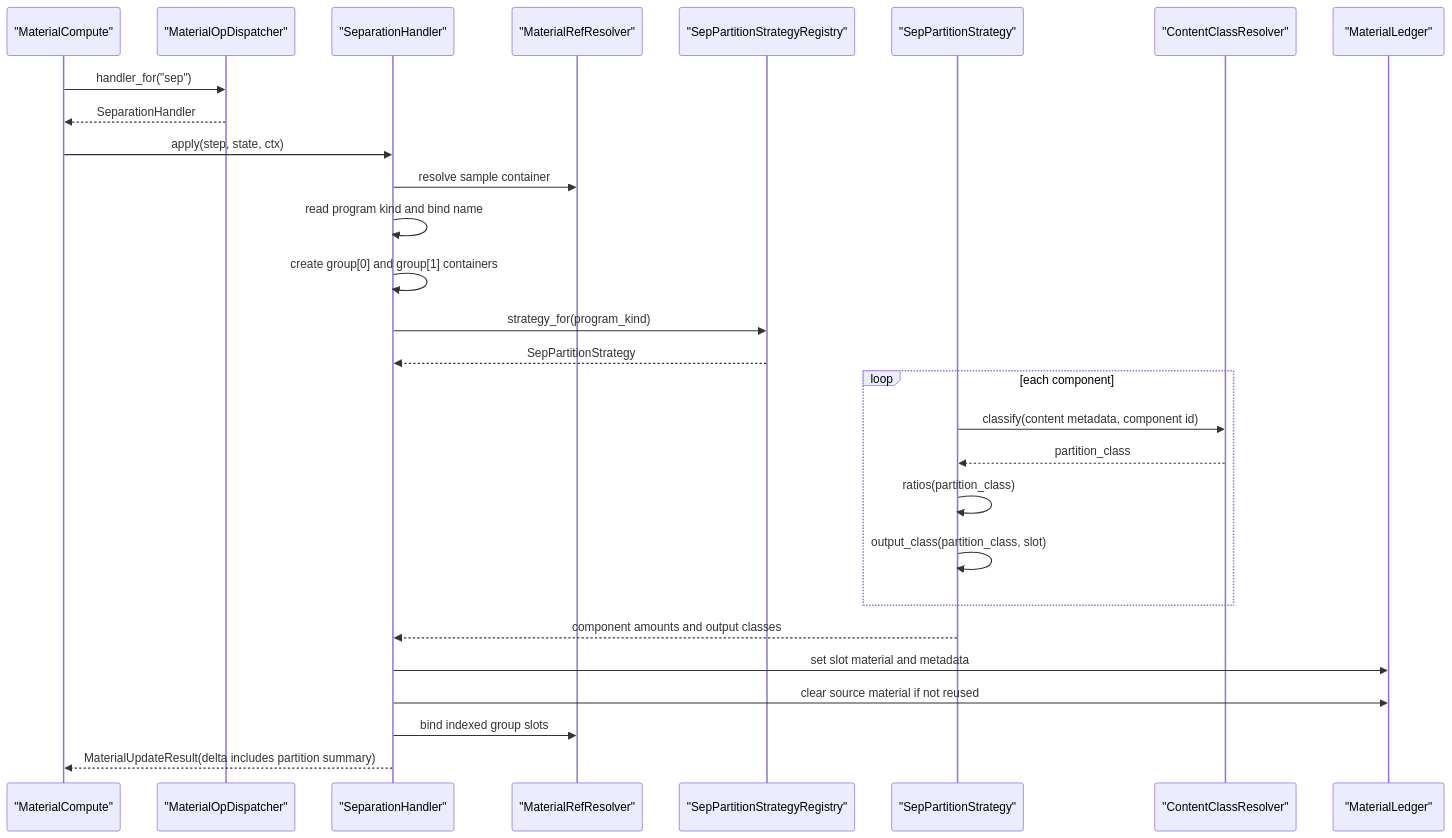
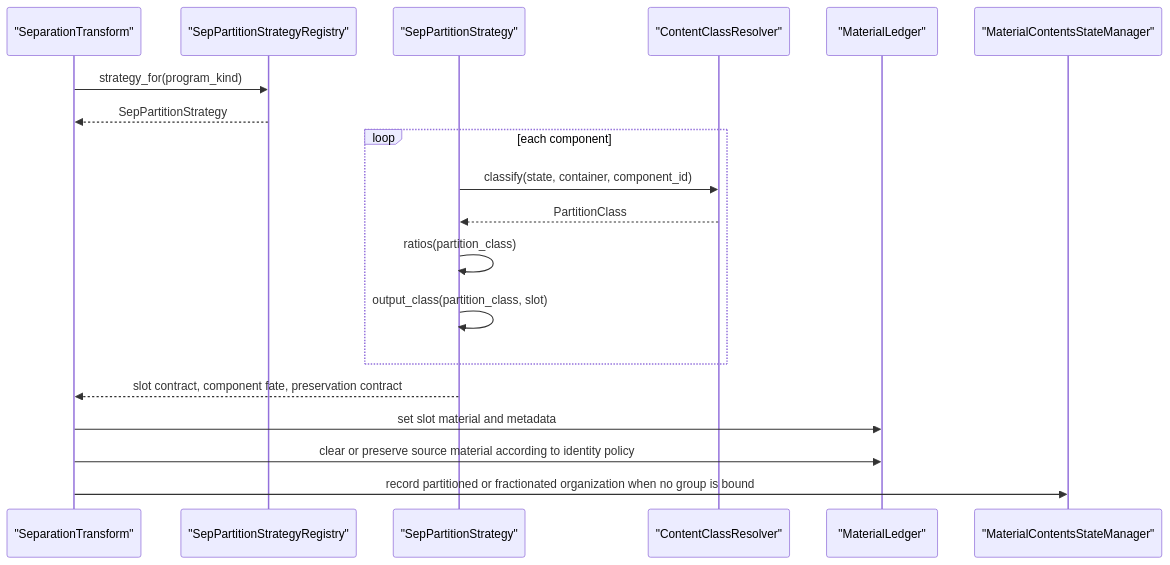
Before and after one commit to culsma/culsma: the seventh of 8 diagrams in docs/architecture/material_compute_module_diagrams.md, drawn with Mermaid. The commit also changed other lines of this file and 25 other files, not shown here.

Commit message:
refactor(material): split material services and state manager

````diff
--- a/docs/architecture/material_compute_module_diagrams.md
+++ b/docs/architecture/material_compute_module_diagrams.md
@@ -198,33 +324,24 @@
 ```mermaid
 sequenceDiagram
-    participant Compute as "MaterialCompute"
-    participant Dispatch as "MaterialOpDispatcher"
-    participant Sep as "SeparationHandler"
-    participant Refs as "MaterialRefResolver"
-    participant Partition as "SepPartitionStrategyRegistry"
+    participant SeparationTransform as "SeparationTransform"
+    participant Registry as "SepPartitionStrategyRegistry"
     participant Strategy as "SepPartitionStrategy"
     participant Classes as "ContentClassResolver"
     participant Ledger as "MaterialLedger"
+    participant ContentsState as "MaterialContentsStateManager"
 
-    Compute->>Dispatch: handler_for("sep")
-    Dispatch-->>Compute: SeparationHandler
-    Compute->>Sep: apply(step, state, ctx)
-    Sep->>Refs: resolve sample container
-    Sep->>Sep: read program kind and bind name
-    Sep->>Sep: create group[0] and group[1] containers
-    Sep->>Partition: strategy_for(program_kind)
-    Partition-->>Sep: SepPartitionStrategy
+    SeparationTransform->>Registry: strategy_for(program_kind)
+    Registry-->>SeparationTransform: SepPartitionStrategy
 
     loop each component
-        Strategy->>Classes: classify(content metadata, component id)
-        Classes-->>Strategy: partition_class
+        Strategy->>Classes: classify(state, container, component_id)
+        Classes-->>Strategy: PartitionClass
         Strategy->>Strategy: ratios(partition_class)
         Strategy->>Strategy: output_class(partition_class, slot)
     end
 
-    Strategy-->>Sep: component amounts and output classes
-    Sep->>Ledger: set slot material and metadata
-    Sep->>Ledger: clear source material if not reused
-    Sep->>Refs: bind indexed group slots
-    Sep-->>Compute: MaterialUpdateResult(delta includes partition summary)
+    Strategy-->>SeparationTransform: slot contract, component fate, preservation contract
+    SeparationTransform->>Ledger: set slot material and metadata
+    SeparationTransform->>Ledger: clear or preserve source material according to identity policy
+    SeparationTransform->>ContentsState: record partitioned or fractionated organization when no group is bound
 ```
````
